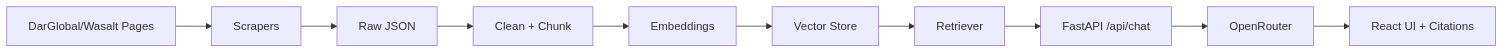
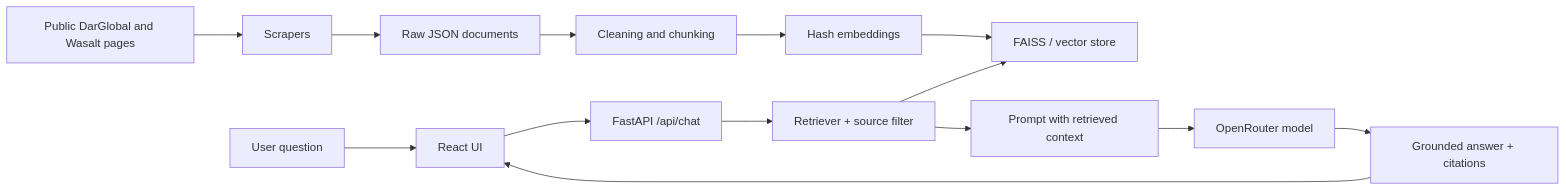
Before and after one commit to utsab345/darglobal-ai-assistant: the diagram in README.md, drawn with Mermaid. The commit also changed other lines of this file and 5 other files, not shown here.

````diff
--- a/README.md
+++ b/README.md
@@ -21,12 +23,16 @@
 ```mermaid
 flowchart LR
-  A[DarGlobal/Wasalt Pages] --> B[Scrapers]
-  B --> C[Raw JSON]
-  C --> D[Clean + Chunk]
-  D --> E[Embeddings]
-  E --> F[Vector Store]
-  F --> G[Retriever]
-  G --> H[FastAPI /api/chat]
-  H --> I[OpenRouter]
-  I --> J[React UI + Citations]
+    A[Public DarGlobal and Wasalt pages] --> B[Scrapers]
+    B --> C[Raw JSON documents]
+    C --> D[Cleaning and chunking]
+    D --> E[Hash embeddings]
+    E --> F[FAISS / vector store]
+    U[User question] --> G[React UI]
+    G --> H[FastAPI /api/chat]
+    H --> I[Retriever + source filter]
+    I --> F
+    I --> J[Prompt with retrieved context]
+    J --> K[OpenRouter model]
+    K --> L[Grounded answer + citations]
+    L --> G
 ```
````
